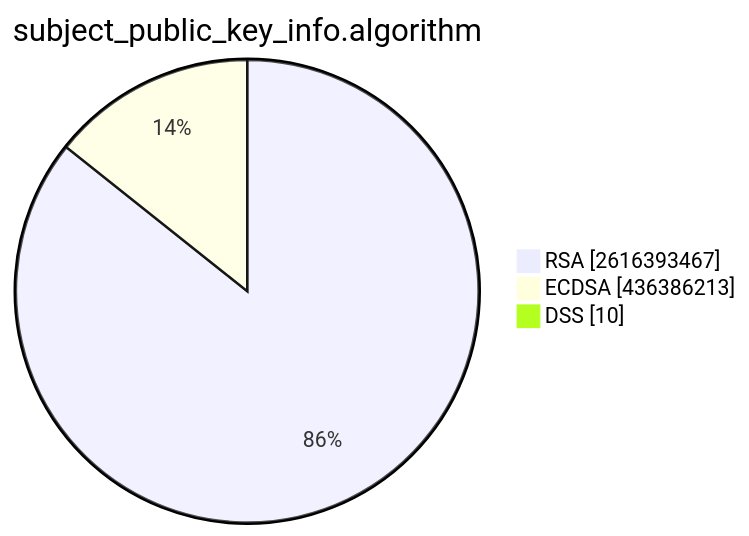
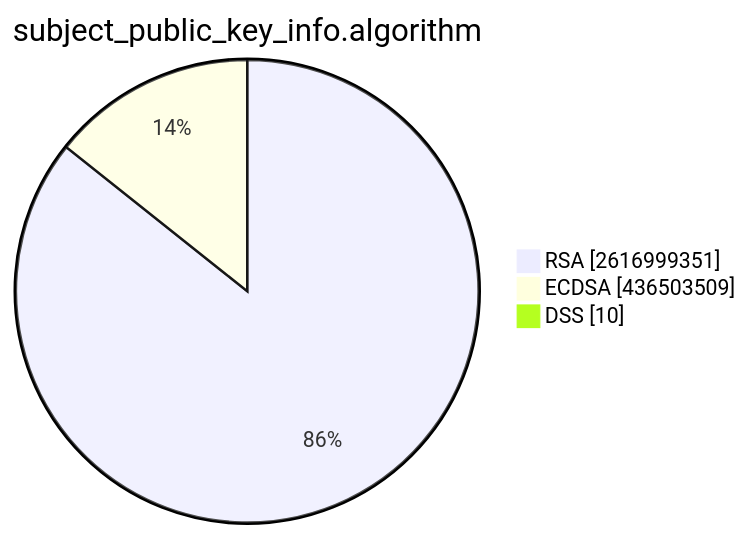
The second of 15 diagrams in TOTAL/README.md (christiankrug/ctmonitor_visualization), drawn with Mermaid before and after one commit. The commit also changed other lines of this file, not shown here.

````diff
--- a/TOTAL/README.md
+++ b/TOTAL/README.md
@@ -6,7 +6,7 @@
 ```mermaid
 pie showData
 title subject_public_key_info.algorithm
-"RSA" :2616393467
-"ECDSA" :436386213
+"RSA" :2616999351
+"ECDSA" :436503509
 "DSS" :10
 ```
````
